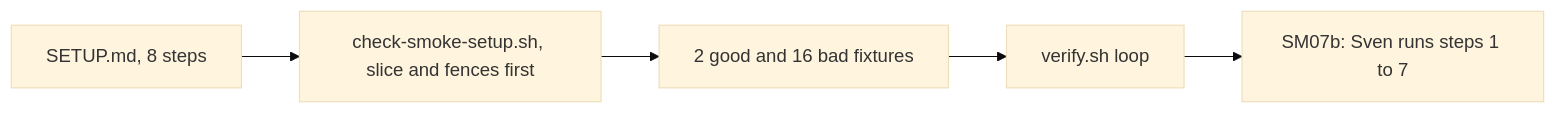
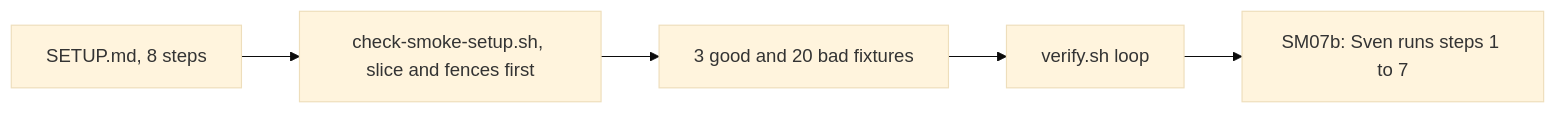
Before and after one commit to svennijhuis/agentic-workflows: the second of 2 diagrams in docs/pbi/done/SM07a-setup-check.md, drawn with Mermaid (base theme). The commit also changed other lines of this file and 7 other files, not shown here.

Commit message:
SM07a round 1 on Cursor 5657735146: f1 verify loop nullglob and empty-set fail; f2 HTML comments masked in check-smoke-setup.sh with 4 bad and 1 good fixture; f3 low to the SM07a todo; f4 low resolved by main 9680af0

````diff
--- a/docs/pbi/done/SM07a-setup-check.md
+++ b/docs/pbi/done/SM07a-setup-check.md
@@ -71,7 +73,7 @@
 ```mermaid
 flowchart LR
   S1[SETUP.md, 8 steps] --> S2[check-smoke-setup.sh, slice and fences first]
-  S2 --> S3[2 good and 16 bad fixtures]
+  S2 --> S3[3 good and 20 bad fixtures]
   S3 --> S4[verify.sh loop]
   S4 --> S5[SM07b: Sven runs steps 1 to 7]
 ```
````
